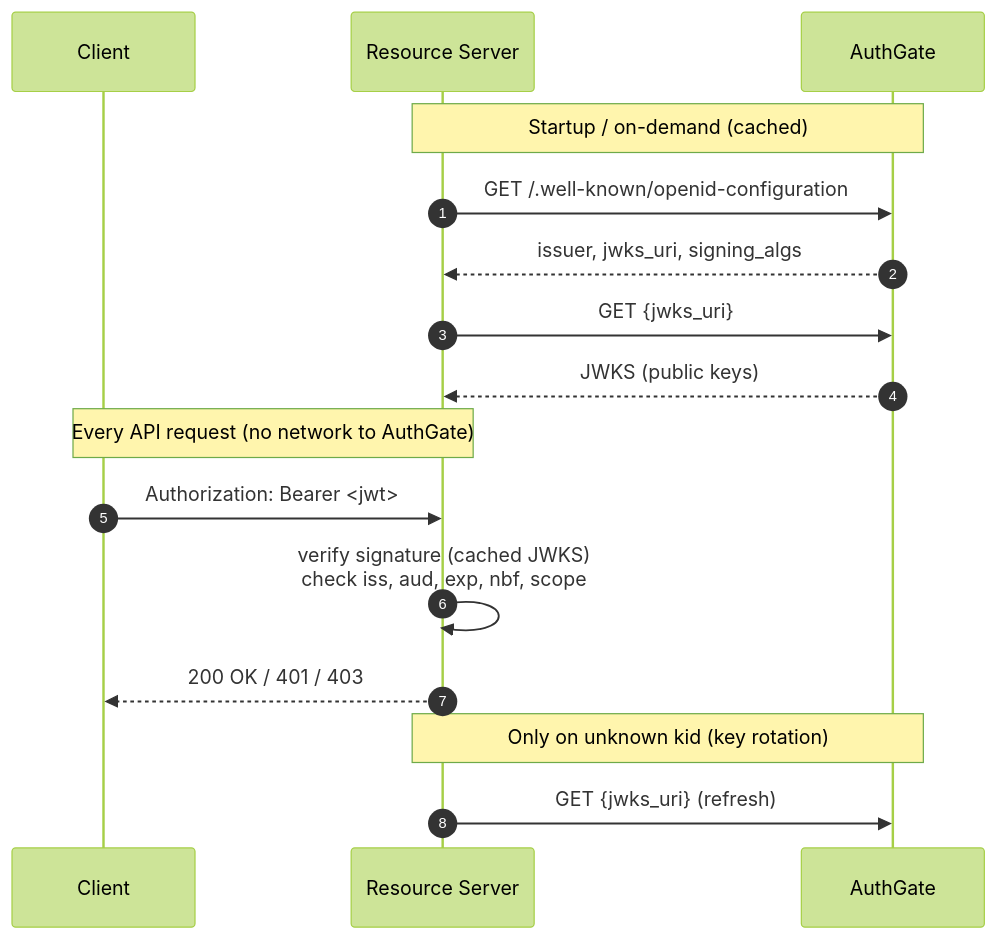
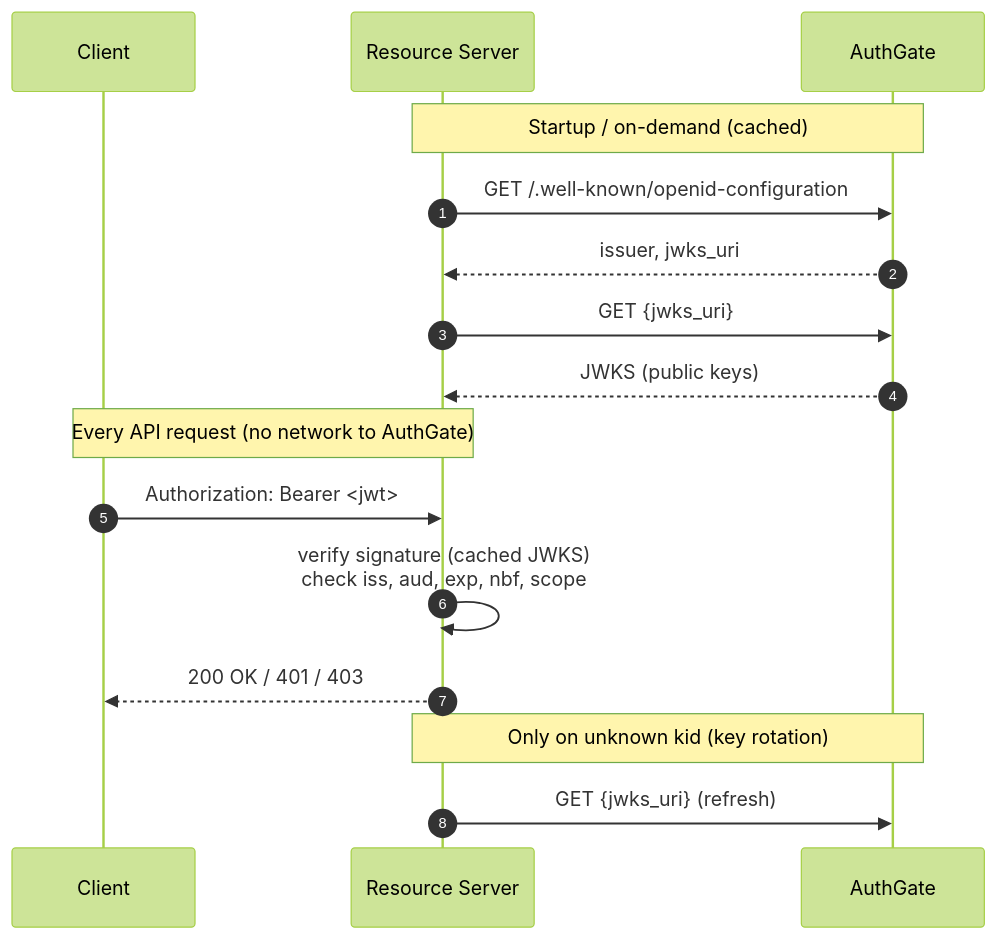
Before and after one commit to go-authgate/examples: the diagram in go-jwks/README.md, drawn with Mermaid (forest theme). The commit also changed 1 other file, not shown here.

Commit message:
docs(go-jwks): label ID-token signing algs honestly
- Rename the metadata field to IDTokenSigningAlgs and log it as "ID-token signing algs (access tokens usually share the same set)", since OIDC discovery only standardizes id_token_signing_alg_values_supported and calling it generic "Signing" misrepresents what the spec advertises
- Drop the non-existent "signing_algs" from the mermaid discovery response, which implied a field OIDC discovery doesn't publish

````diff
--- a/go-jwks/README.md
+++ b/go-jwks/README.md
@@ -7,21 +7,21 @@
 ```mermaid
 sequenceDiagram
     autonumber
     participant C as Client
     participant RS as Resource Server
     participant AG as AuthGate
 
     Note over RS,AG: Startup / on-demand (cached)
     RS->>AG: GET /.well-known/openid-configuration
-    AG-->>RS: issuer, jwks_uri, signing_algs
+    AG-->>RS: issuer, jwks_uri
     RS->>AG: GET {jwks_uri}
     AG-->>RS: JWKS (public keys)
 
     Note over C,RS: Every API request (no network to AuthGate)
     C->>RS: Authorization: Bearer <jwt>
     RS->>RS: verify signature (cached JWKS)<br/>check iss, aud, exp, nbf, scope
     RS-->>C: 200 OK / 401 / 403
 
     Note over RS,AG: Only on unknown kid (key rotation)
     RS->>AG: GET {jwks_uri} (refresh)
 ```
````
